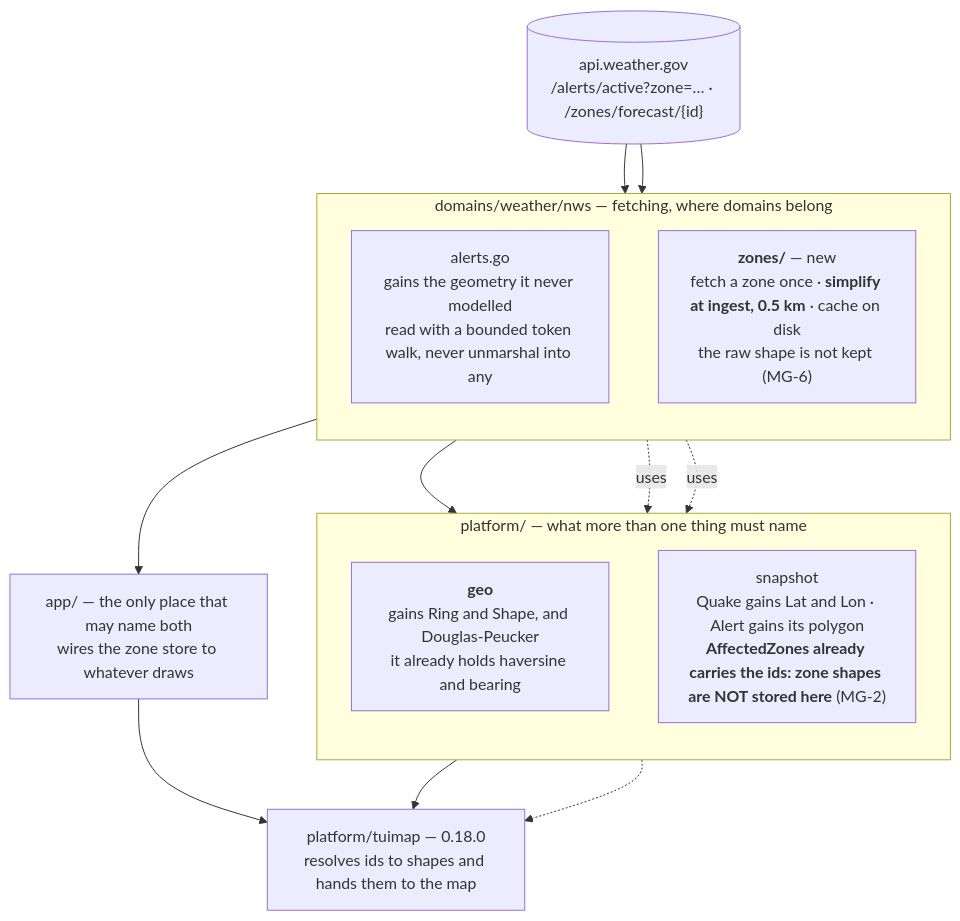
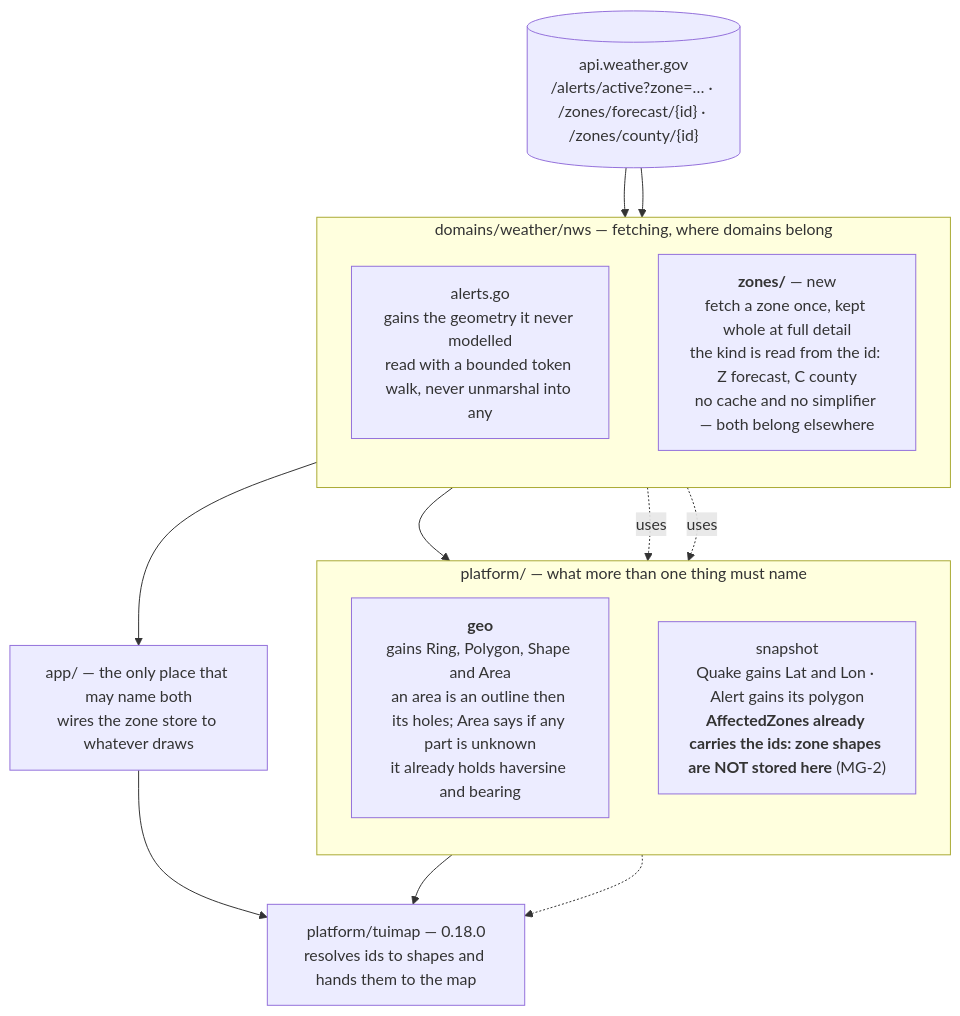
One commit to branden-thompson/watchpost changed the diagram in 06_docs/02_features/map-ready-geometry/03-architecture-design/plan.md. Above: the diagram before and after it, drawn with Mermaid. The commit also changed 29 other files, not shown here.

First line of the commit message:
geometry: the county zones that never resolved, and four defences that were never wired

````diff
--- a/06_docs/02_features/map-ready-geometry/03-architecture-design/plan.md
+++ b/06_docs/02_features/map-ready-geometry/03-architecture-design/plan.md
@@ -17,27 +17,27 @@
 ```mermaid
 flowchart TB
-    API[("api.weather.gov<br/>/alerts/active?zone=… · /zones/forecast/{id}")]
+    API[("api.weather.gov<br/>/alerts/active?zone=… · /zones/forecast/{id} · /zones/county/{id}")]
 
     subgraph DOM["domains/weather/nws — fetching, where domains belong"]
       direction TB
       AL["alerts.go<br/>gains the geometry it never modelled<br/>read with a bounded token walk, never unmarshal into any"]
-      ZN["<b>zones/</b> — new<br/>fetch a zone once · <b>simplify at ingest, 0.5 km</b> · cache on disk<br/>the raw shape is not kept (MG-6)"]
+      ZN["<b>zones/</b> — new<br/>fetch a zone once, kept whole at full detail<br/>the kind is read from the id: Z forecast, C county<br/>no cache and no simplifier — both belong elsewhere"]
     end
 
     subgraph PLAT["platform/ — what more than one thing must name"]
       direction TB
-      GEO["<b>geo</b><br/>gains Ring and Shape, and Douglas-Peucker<br/>it already holds haversine and bearing"]
+      GEO["<b>geo</b><br/>gains Ring, Polygon, Shape and Area<br/>an area is an outline then its holes; Area says if any part is unknown<br/>it already holds haversine and bearing"]
       SNAP["snapshot<br/>Quake gains Lat and Lon · Alert gains its polygon<br/><b>AffectedZones already carries the ids: zone shapes are NOT stored here</b> (MG-2)"]
     end
 
     APP["app/ — the only place that may name both<br/>wires the zone store to whatever draws"]
     TUI["platform/tuimap — 0.18.0<br/>resolves ids to shapes and hands them to the map"]
 
     API --> AL --> SNAP
     API --> ZN
     AL -. "uses" .-> GEO
     ZN -. "uses" .-> GEO
     ZN --> APP --> TUI
     SNAP --> TUI
     GEO -.-> TUI
 ```
````
